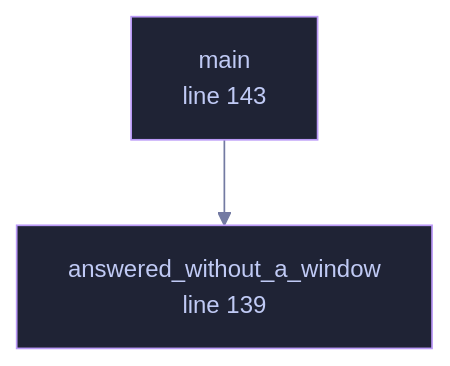
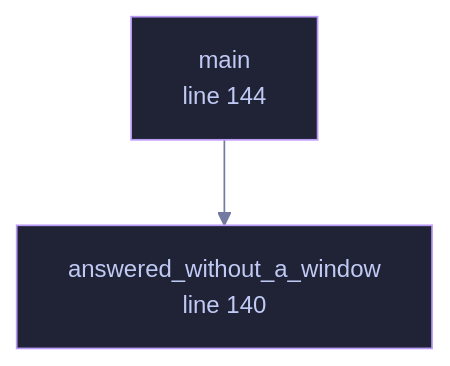
One commit to tilas01/veilvoice changed the diagram in docs/files/veilvoice-gui/main.md. Above: the diagram before and after it, drawn with Mermaid. The commit also changed other lines of this file and 100 other files, not shown here.

````diff
--- a/docs/files/veilvoice-gui/main.md
+++ b/docs/files/veilvoice-gui/main.md
@@ -89,13 +89,13 @@
 ```mermaid
 %%{init: {"theme":"base","themeVariables":{"background":"#1a1b26","primaryColor":"#1f2335","primaryTextColor":"#c0caf5","primaryBorderColor":"#7aa2f7","secondaryColor":"#16161e","tertiaryColor":"#16161e","lineColor":"#737aa2","textColor":"#c0caf5","mainBkg":"#1f2335","nodeBorder":"#7aa2f7","clusterBkg":"#16161e","clusterBorder":"#2f3549","fontFamily":"ui-monospace, SFMono-Regular, Consolas, monospace","fontSize":"14px"}}}%%
 flowchart TD
-    n_answered_without_a_window["answered_without_a_window<br/>line 112"]
-    n_answered_without_a_window["answered_without_a_window<br/>line 139"]
-    n_main["main<br/>line 143"]
+    n_answered_without_a_window["answered_without_a_window<br/>line 113"]
+    n_answered_without_a_window["answered_without_a_window<br/>line 140"]
+    n_main["main<br/>line 144"]
     n_main --> n_answered_without_a_window
-    click n_answered_without_a_window href "https://github.com/tilas01/veilvoice/blob/main/crates/veilvoice-gui/src/main.rs#L112" "open the source"
-    click n_answered_without_a_window href "https://github.com/tilas01/veilvoice/blob/main/crates/veilvoice-gui/src/main.rs#L139" "open the source"
-    click n_main href "https://github.com/tilas01/veilvoice/blob/main/crates/veilvoice-gui/src/main.rs#L143" "open the source"
+    click n_answered_without_a_window href "https://github.com/tilas01/veilvoice/blob/main/crates/veilvoice-gui/src/main.rs#L113" "open the source"
+    click n_answered_without_a_window href "https://github.com/tilas01/veilvoice/blob/main/crates/veilvoice-gui/src/main.rs#L140" "open the source"
+    click n_main href "https://github.com/tilas01/veilvoice/blob/main/crates/veilvoice-gui/src/main.rs#L144" "open the source"
     classDef helper fill:#1f2335,stroke:#bb9af7,color:#c0caf5
     class n_answered_without_a_window,n_answered_without_a_window,n_main helper
 ```
````
